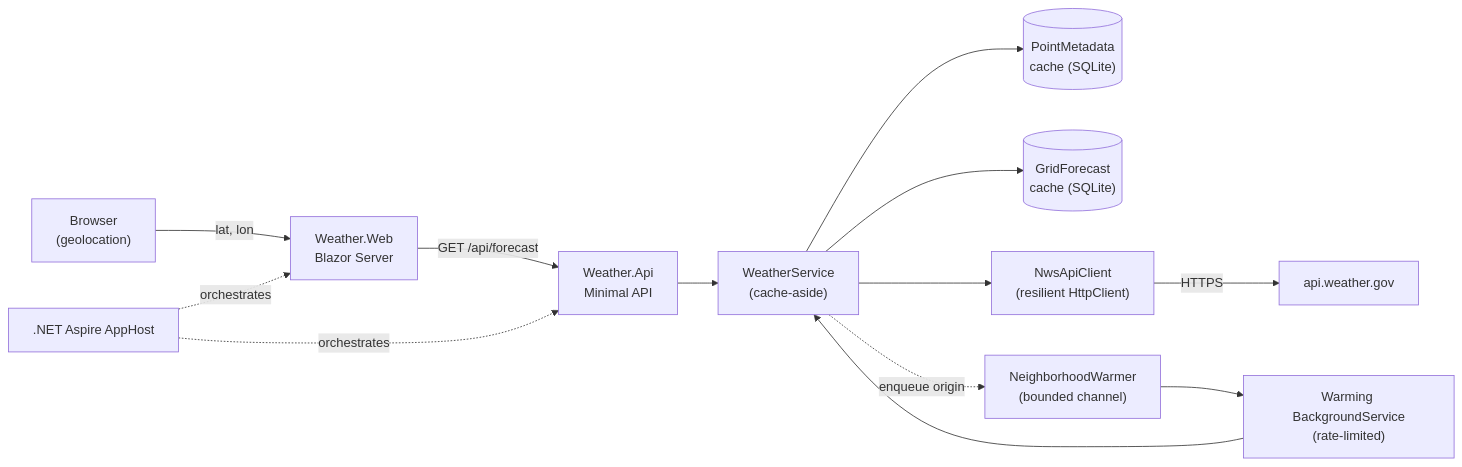
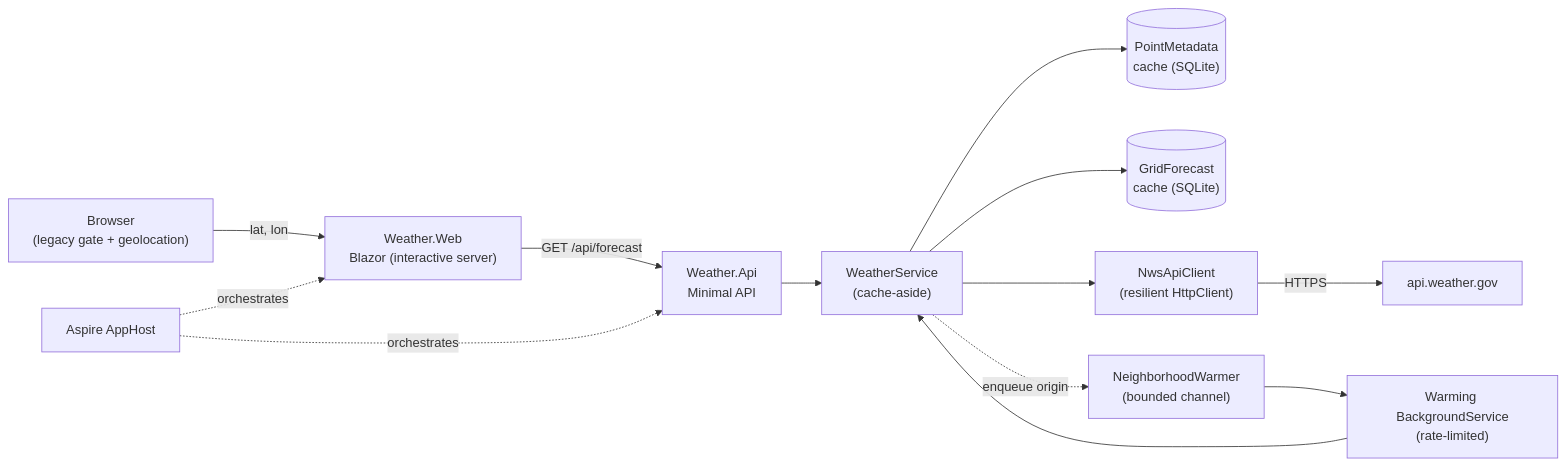
One commit to kusl/my-weather-studio changed the diagram in docs/ARCHITECTURE.md. Above: the diagram before and after it, drawn with Mermaid. The commit also changed other lines of this file and 107 other files, not shown here.

````diff
--- a/docs/ARCHITECTURE.md
+++ b/docs/ARCHITECTURE.md
@@ -10,15 +10,15 @@
 ```mermaid
 flowchart LR
-    Browser["Browser<br/>(geolocation)"] -->|lat, lon| Web["Weather.Web<br/>Blazor Server"]
+    Browser["Browser<br/>(legacy gate + geolocation)"] -->|lat, lon| Web["Weather.Web<br/>Blazor (interactive server)"]
     Web -->|GET /api/forecast| Api["Weather.Api<br/>Minimal API"]
     Api --> Svc["WeatherService<br/>(cache-aside)"]
     Svc --> MetaCache[("PointMetadata<br/>cache (SQLite)")]
     Svc --> FcCache[("GridForecast<br/>cache (SQLite)")]
     Svc --> Nws["NwsApiClient<br/>(resilient HttpClient)"]
     Nws -->|HTTPS| NWS["api.weather.gov"]
     Svc -. enqueue origin .-> Warmer["NeighborhoodWarmer<br/>(bounded channel)"]
     Warmer --> Bg["Warming BackgroundService<br/>(rate-limited)"]
     Bg --> Svc
-    AppHost[".NET Aspire AppHost"] -. orchestrates .-> Api
+    AppHost["Aspire AppHost"] -. orchestrates .-> Api
     AppHost -. orchestrates .-> Web
 ```
````
